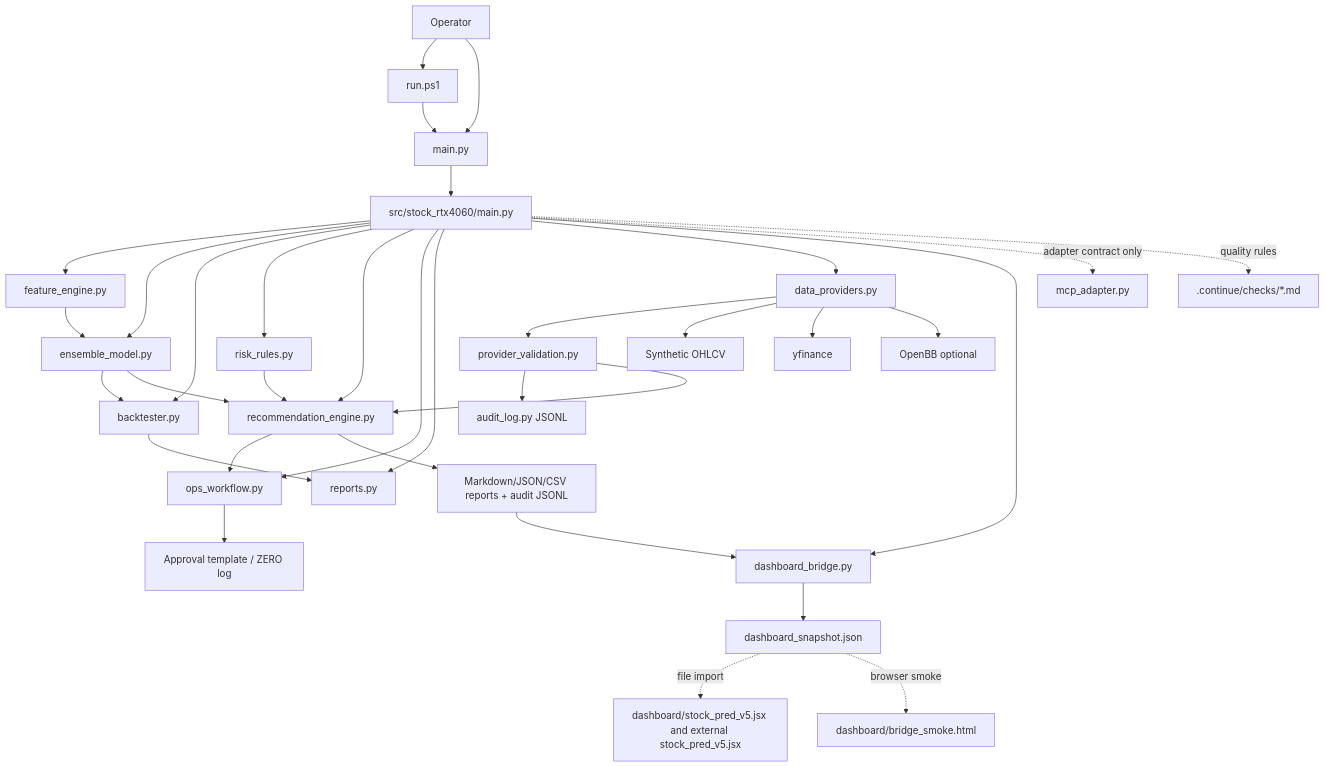
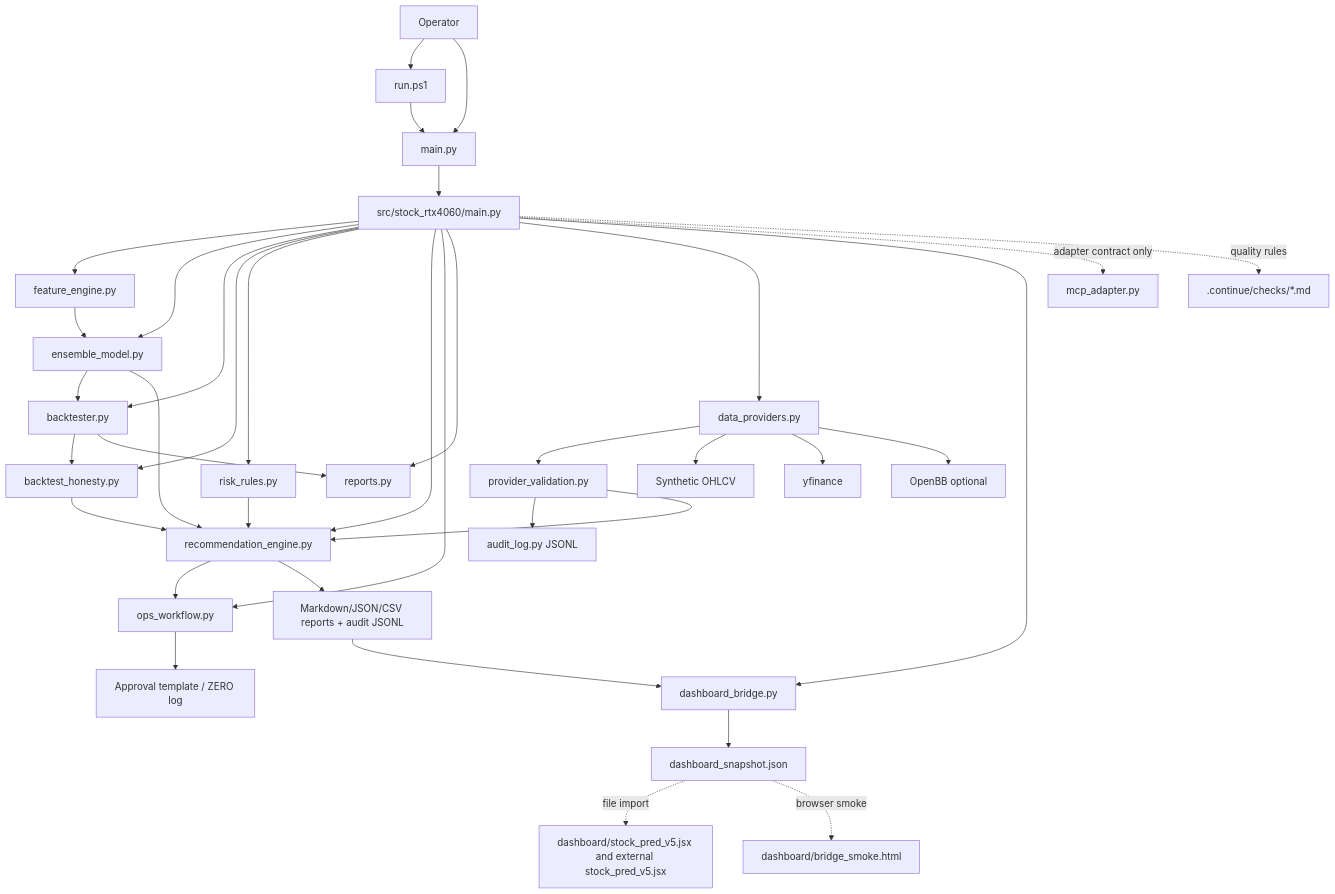
One commit to macho715/stock_hermes changed the first of 5 diagrams in docs/SYSTEM_ARCHITECTURE.md. Above: the diagram before and after it, drawn with Mermaid. The commit also changed other lines of this file and 326 other files, not shown here.

````diff
--- a/docs/SYSTEM_ARCHITECTURE.md
+++ b/docs/SYSTEM_ARCHITECTURE.md
@@ -9,36 +9,39 @@
 ```mermaid
 flowchart TD
     User[Operator] --> Runner[run.ps1]
     User --> RootMain[main.py]
     Runner --> RootMain
     RootMain --> CLI[src/stock_rtx4060/main.py]
     CLI --> Feature[feature_engine.py]
     CLI --> Model[ensemble_model.py]
     CLI --> Backtest[backtester.py]
+    CLI --> Honesty[backtest_honesty.py]
     CLI --> Risk[risk_rules.py]
     CLI --> Recommend[recommendation_engine.py]
     CLI --> Ops[ops_workflow.py]
     CLI --> Reports[reports.py]
     CLI --> Provider[data_providers.py]
     CLI --> DashboardBridge[dashboard_bridge.py]
     CLI -. adapter contract only .-> MCP[mcp_adapter.py]
     CLI -. quality rules .-> Continue[.continue/checks/*.md]
     Provider --> Gate[provider_validation.py]
     Gate --> Audit[audit_log.py JSONL]
     Provider --> Synthetic[Synthetic OHLCV]
     Provider --> YFinance[yfinance]
     Provider --> OpenBB[OpenBB optional]
     Feature --> Model
     Model --> Backtest
+    Backtest --> Honesty
     Model --> Recommend
     Risk --> Recommend
     Gate --> Recommend
+    Honesty --> Recommend
     Recommend --> Ops
     Backtest --> Reports
     Recommend --> Output[Markdown/JSON/CSV reports + audit JSONL]
     Output --> DashboardBridge
     DashboardBridge --> DashboardSnapshot[dashboard_snapshot.json]
     DashboardSnapshot -. file import .-> Dashboard[dashboard/stock_pred_v5.jsx and external stock_pred_v5.jsx]
     DashboardSnapshot -. browser smoke .-> Harness[dashboard/bridge_smoke.html]
     Ops --> Approval[Approval template / ZERO log]
 ```
````
